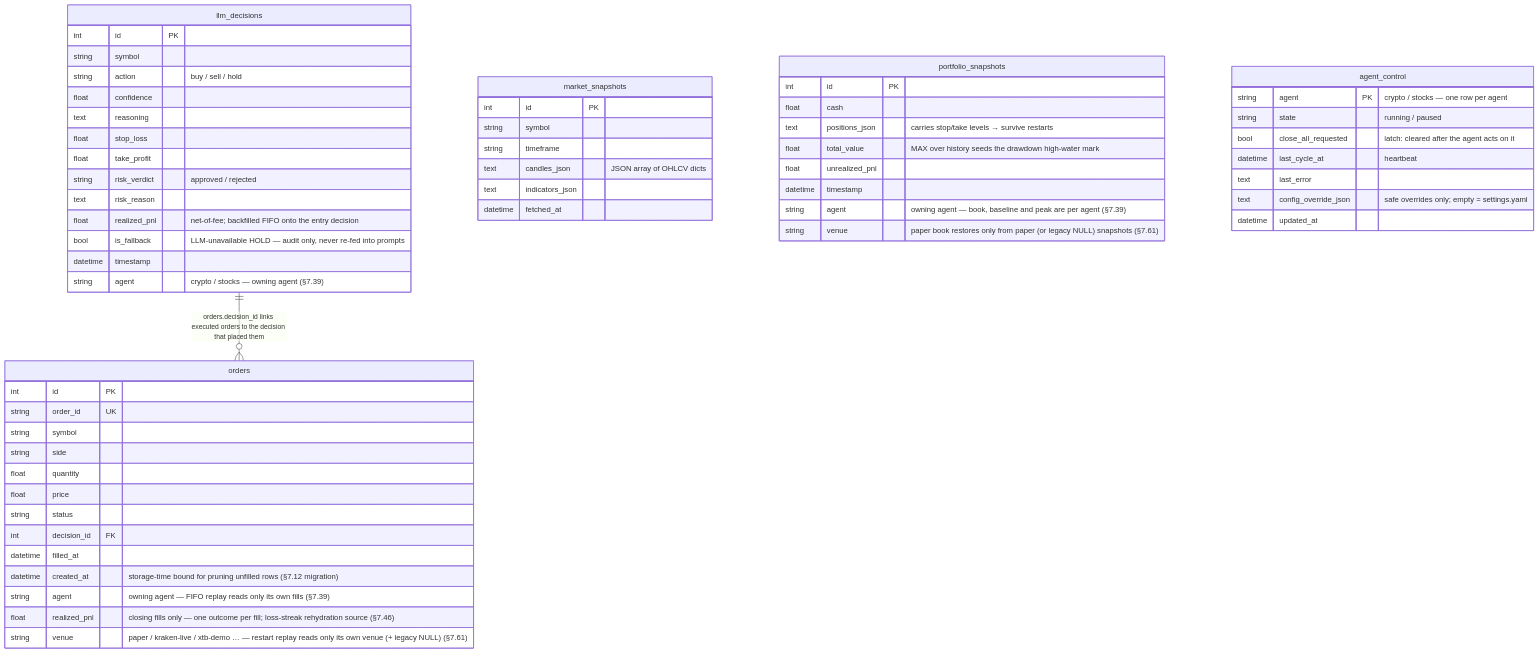
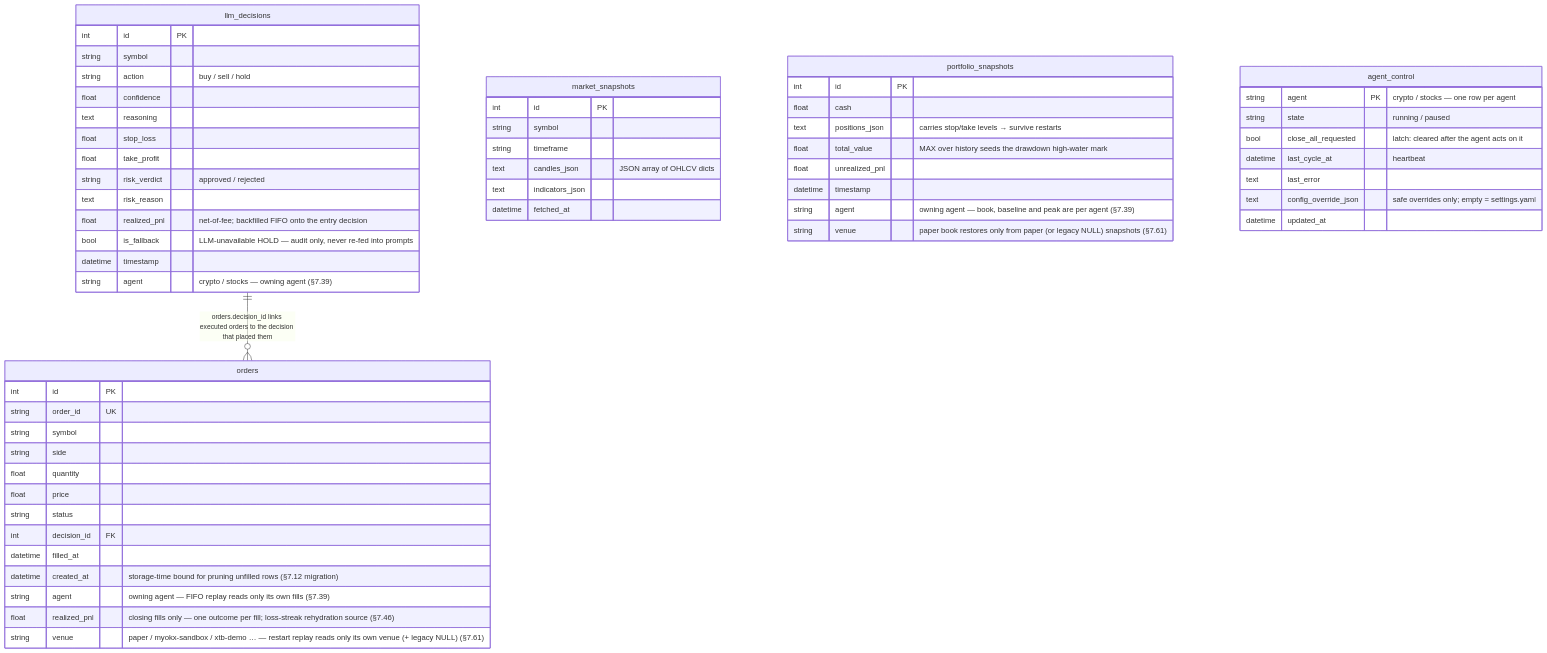
One commit to BBlazej/smartyTrader changed the fifth of 6 diagrams in ARCHITECTURE.md. Above: the diagram before and after it, drawn with Mermaid. The commit also changed other lines of this file and 26 other files, not shown here.

First line of the commit message:
Crypto on OKX Europe: spot-only CcxtExecutor, EUR pairs; Kraken removed (§7.64)

````diff
--- a/ARCHITECTURE.md
+++ b/ARCHITECTURE.md
@@ -332,61 +332,61 @@
 ```mermaid
 erDiagram
     llm_decisions ||--o{ orders : "orders.decision_id links executed orders to the decision that placed them"
     market_snapshots {
         int id PK
         string symbol
         string timeframe
         text candles_json "JSON array of OHLCV dicts"
         text indicators_json
         datetime fetched_at
     }
     llm_decisions {
         int id PK
         string symbol
         string action "buy / sell / hold"
         float confidence
         text reasoning
         float stop_loss
         float take_profit
         string risk_verdict "approved / rejected"
         text risk_reason
         float realized_pnl "net-of-fee; backfilled FIFO onto the entry decision"
         bool is_fallback "LLM-unavailable HOLD — audit only, never re-fed into prompts"
         datetime timestamp
         string agent "crypto / stocks — owning agent (§7.39)"
     }
     orders {
         int id PK
         string order_id UK
         string symbol
         string side
         float quantity
         float price
         string status
         int decision_id FK
         datetime filled_at
         datetime created_at "storage-time bound for pruning unfilled rows (§7.12 migration)"
         string agent "owning agent — FIFO replay reads only its own fills (§7.39)"
         float realized_pnl "closing fills only — one outcome per fill; loss-streak rehydration source (§7.46)"
-        string venue "paper / kraken-live / xtb-demo … — restart replay reads only its own venue (+ legacy NULL) (§7.61)"
+        string venue "paper / myokx-sandbox / xtb-demo … — restart replay reads only its own venue (+ legacy NULL) (§7.61)"
     }
     portfolio_snapshots {
         int id PK
         float cash
         text positions_json "carries stop/take levels → survive restarts"
         float total_value "MAX over history seeds the drawdown high-water mark"
         float unrealized_pnl
         datetime timestamp
         string agent "owning agent — book, baseline and peak are per agent (§7.39)"
         string venue "paper book restores only from paper (or legacy NULL) snapshots (§7.61)"
     }
     agent_control {
         string agent PK "crypto / stocks — one row per agent"
         string state "running / paused"
         bool close_all_requested "latch: cleared after the agent acts on it"
         datetime last_cycle_at "heartbeat"
         text last_error
         text config_override_json "safe overrides only; empty = settings.yaml"
         datetime updated_at
     }
 ```
````
